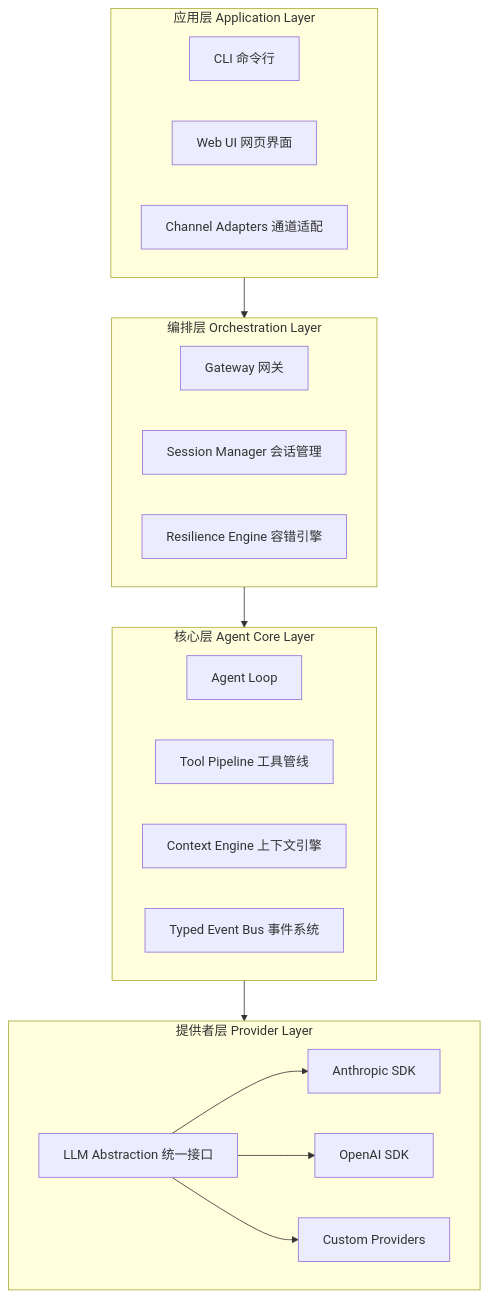
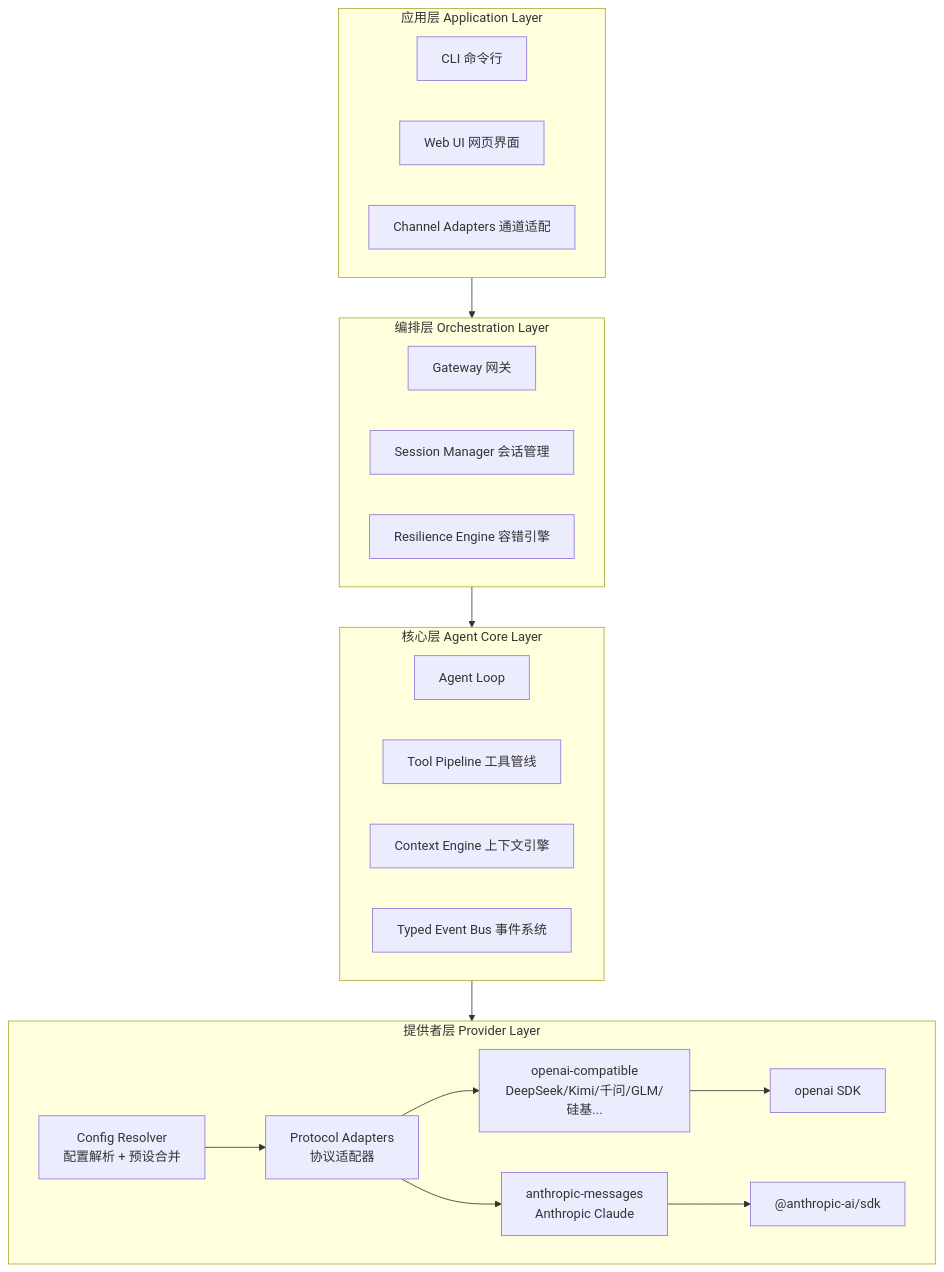
One commit to Tandem-Agents/zhixing changed the diagram in research/design/architecture/overview.md. Above: the diagram before and after it, drawn with Mermaid. The commit also changed other lines of this file and 24 other files, not shown here.

First line of the commit message:
feat(providers): implement provider layer with multi-provider support

````diff
--- a/research/design/architecture/overview.md
+++ b/research/design/architecture/overview.md
@@ -41,35 +42,39 @@
 ```mermaid
 graph TB
     subgraph AppLayer ["应用层 Application Layer"]
         CLI["CLI 命令行"]
         WebUI["Web UI 网页界面"]
         Channels["Channel Adapters 通道适配"]
     end
 
     subgraph OrchLayer ["编排层 Orchestration Layer"]
         Gateway["Gateway 网关"]
         SessionMgr["Session Manager 会话管理"]
         Resilience["Resilience Engine 容错引擎"]
     end
 
     subgraph CoreLayer ["核心层 Agent Core Layer"]
         Loop["Agent Loop"]
         ToolPipeline["Tool Pipeline 工具管线"]
         ContextEngine["Context Engine 上下文引擎"]
         EventBus["Typed Event Bus 事件系统"]
     end
 
     subgraph ProviderLayer ["提供者层 Provider Layer"]
-        LLMAbstraction["LLM Abstraction 统一接口"]
-        AnthropicSDK["Anthropic SDK"]
-        OpenAISDK["OpenAI SDK"]
-        CustomProvider["Custom Providers"]
+        ConfigResolver["Config Resolver<br/>配置解析 + 预设合并"]
+        ProtocolAdapters["Protocol Adapters<br/>协议适配器"]
+        OAICompat["openai-compatible<br/>DeepSeek/Kimi/千问/GLM/硅基..."]
+        AnthropicProto["anthropic-messages<br/>Anthropic Claude"]
+        OpenAISDK["openai SDK"]
+        AnthropicSDK["@anthropic-ai/sdk"]
     end
 
     AppLayer --> OrchLayer
     OrchLayer --> CoreLayer
     CoreLayer --> ProviderLayer
-    LLMAbstraction --> AnthropicSDK
-    LLMAbstraction --> OpenAISDK
-    LLMAbstraction --> CustomProvider
+    ConfigResolver --> ProtocolAdapters
+    ProtocolAdapters --> OAICompat
+    ProtocolAdapters --> AnthropicProto
+    OAICompat --> OpenAISDK
+    AnthropicProto --> AnthropicSDK
 ```
````
